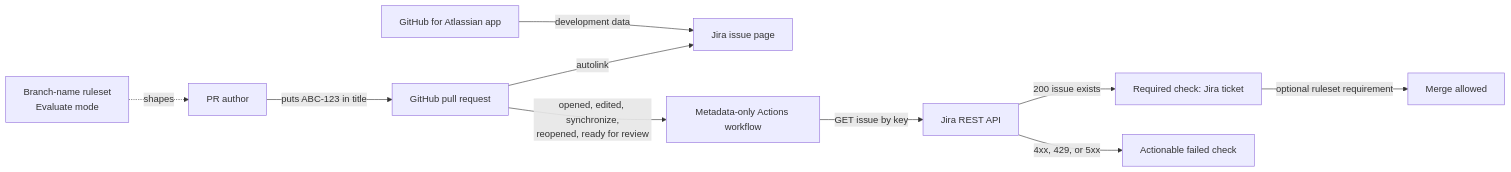
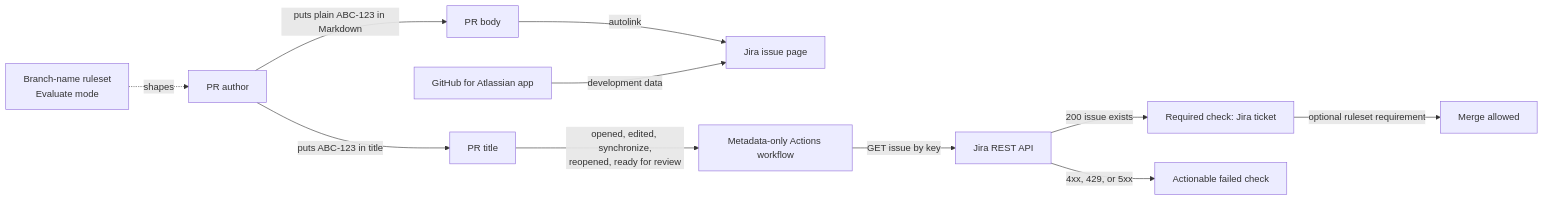
Before and after one commit to austenstone/jira-github-demo: the diagram in README.md, drawn with Mermaid. The commit also changed other lines of this file and 2 other files, not shown here.

Commit message:
Correct Jira autolink guidance

````diff
--- a/README.md
+++ b/README.md
@@ -38,12 +39,13 @@
 ```mermaid
 flowchart LR
-    Author[PR author] -->|puts ABC-123 in title| PR[GitHub pull request]
-    PR -->|autolink| JiraUI[Jira issue page]
-    PR -->|opened, edited, synchronize,<br/>reopened, ready for review| Workflow[Metadata-only Actions workflow]
+    Author[PR author] -->|puts ABC-123 in title| Title[PR title]
+    Author -->|puts plain ABC-123 in Markdown| Body[PR body]
+    Body -->|autolink| JiraUI[Jira issue page]
+    Title -->|opened, edited, synchronize,<br/>reopened, ready for review| Workflow[Metadata-only Actions workflow]
     Workflow -->|GET issue by key| JiraAPI[Jira REST API]
     JiraAPI -->|200 issue exists| Check[Required check: Jira ticket]
     JiraAPI -->|4xx, 429, or 5xx| Failure[Actionable failed check]
     Ruleset[Branch-name ruleset<br/>Evaluate mode] -. shapes .-> Author
     Check -->|optional ruleset requirement| Merge[Merge allowed]
     Official[GitHub for Atlassian app] -->|development data| JiraUI
 ```
````
